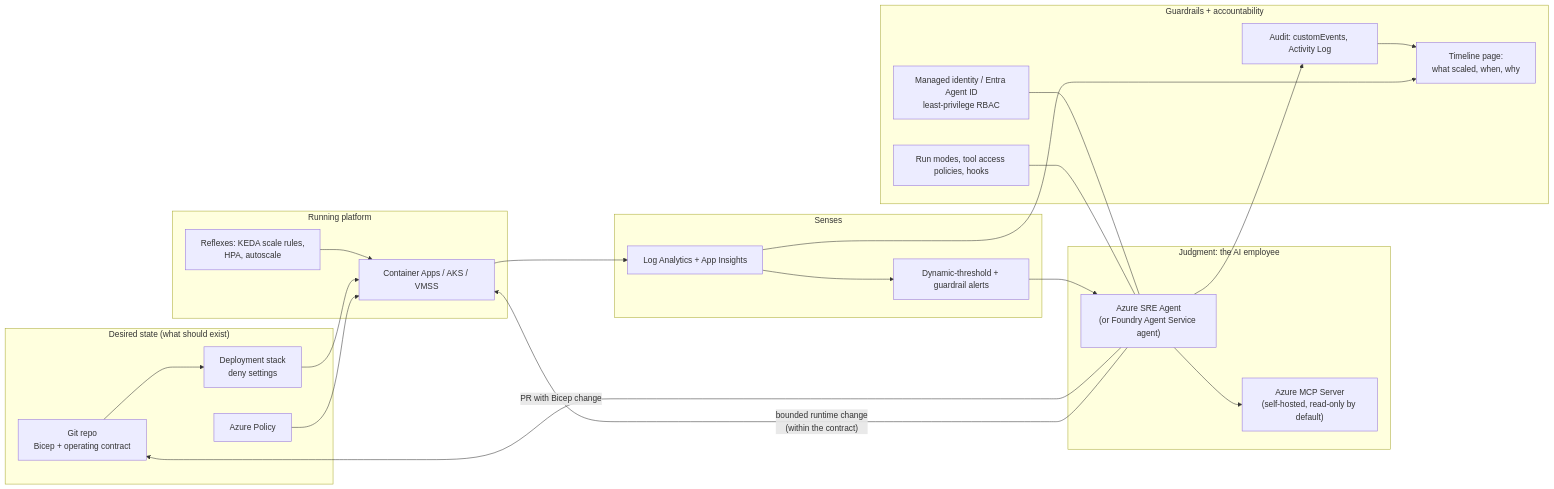
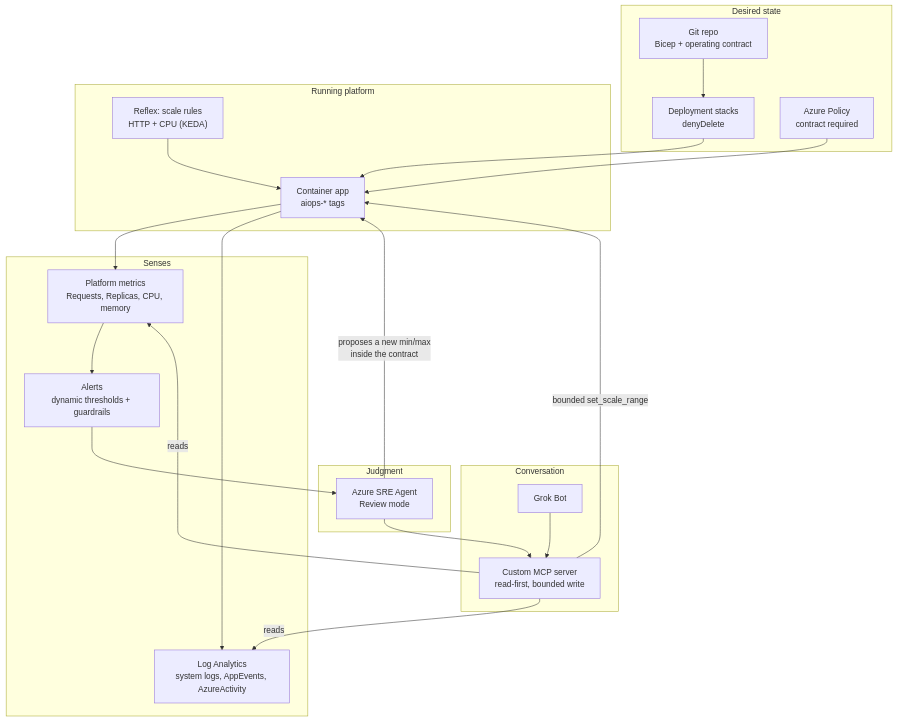
The first of 2 diagrams in docs/architecture.md (gislig/how-to-make-my-job-obsolete), drawn with Mermaid before and after one commit. The commit also changed other lines of this file and 70 other files, not shown here.

````diff
--- a/docs/architecture.md
+++ b/docs/architecture.md
@@ -5,38 +6,36 @@
 ```mermaid
-flowchart LR
-  subgraph Desired["Desired state (what should exist)"]
-    Git["Git repo<br/>Bicep + operating contract"] --> Stack["Deployment stack<br/>deny settings"]
-    Policy["Azure Policy"]
+flowchart TB
+  subgraph DS["Desired state"]
+    Git["Git repo<br/>Bicep + operating contract"]
+    Stack["Deployment stacks<br/>denyDelete"]
+    Pol["Azure Policy<br/>contract required"]
   end
-  subgraph Run["Running platform"]
-    App["Container Apps / AKS / VMSS"]
-    Reflex["Reflexes: KEDA scale rules,<br/>HPA, autoscale"]
-    Reflex --> App
+  subgraph RUN["Running platform"]
+    App["Container app<br/>aiops-* tags"]
+    KEDA["Reflex: scale rules<br/>HTTP + CPU (KEDA)"]
   end
-  subgraph Senses["Senses"]
-    LA["Log Analytics + App Insights"]
-    Alerts["Dynamic-threshold + guardrail alerts"]
-    LA --> Alerts
+  subgraph SENSE["Senses"]
+    Met["Platform metrics<br/>Requests, Replicas, CPU, memory"]
+    Law["Log Analytics<br/>system logs, AppEvents, AzureActivity"]
+    Al["Alerts<br/>dynamic thresholds + guardrails"]
   end
-  subgraph Brain["Judgment: the AI employee"]
-    SRE["Azure SRE Agent<br/>(or Foundry Agent Service agent)"]
-    MCP["Azure MCP Server<br/>(self-hosted, read-only by default)"]
-    SRE --> MCP
+  subgraph BRAIN["Judgment"]
+    SRE["Azure SRE Agent<br/>Review mode"]
   end
-  subgraph Guard["Guardrails + accountability"]
-    Id["Managed identity / Entra Agent ID<br/>least-privilege RBAC"]
-    Tools["Run modes, tool access policies, hooks"]
-    Audit["Audit: customEvents, Activity Log"]
-    Timeline["Timeline page:<br/>what scaled, when, why"]
+  subgraph TALK["Conversation"]
+    MCP["Custom MCP server<br/>read-first, bounded write"]
+    Chat["Grok Bot"]
   end
-  App --> LA
-  Alerts --> SRE
-  SRE -- "PR with Bicep change" --> Git
-  SRE -- "bounded runtime change<br/>(within the contract)" --> App
-  Stack --> App
-  Policy --> App
-  Id --- SRE
-  Tools --- SRE
-  SRE --> Audit --> Timeline
-  LA --> Timeline
+  Git --> Stack --> App
+  Pol --> App
+  KEDA --> App
+  App --> Met --> Al
+  App --> Law
+  Al --> SRE
+  SRE -->|"proposes a new min/max<br/>inside the contract"| App
+  Chat --> MCP
+  SRE --> MCP
+  MCP -->|"reads"| Met
+  MCP -->|"reads"| Law
+  MCP -->|"bounded set_scale_range"| App
 ```
````
